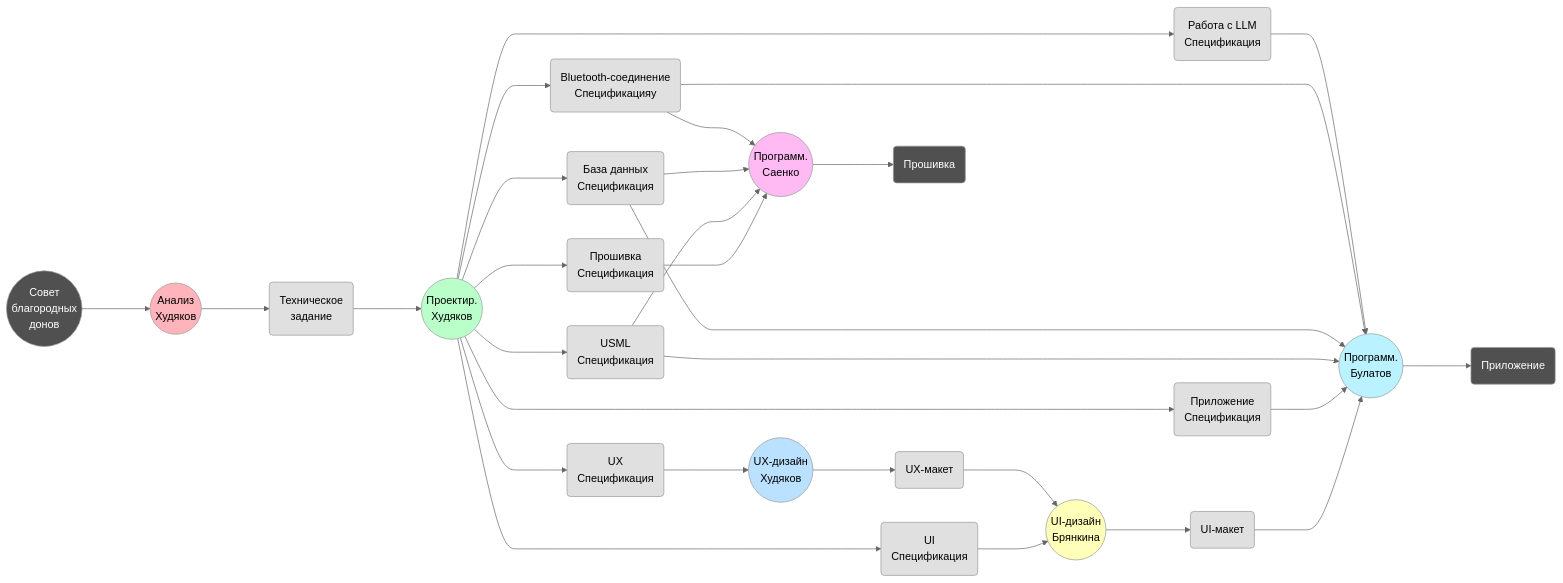
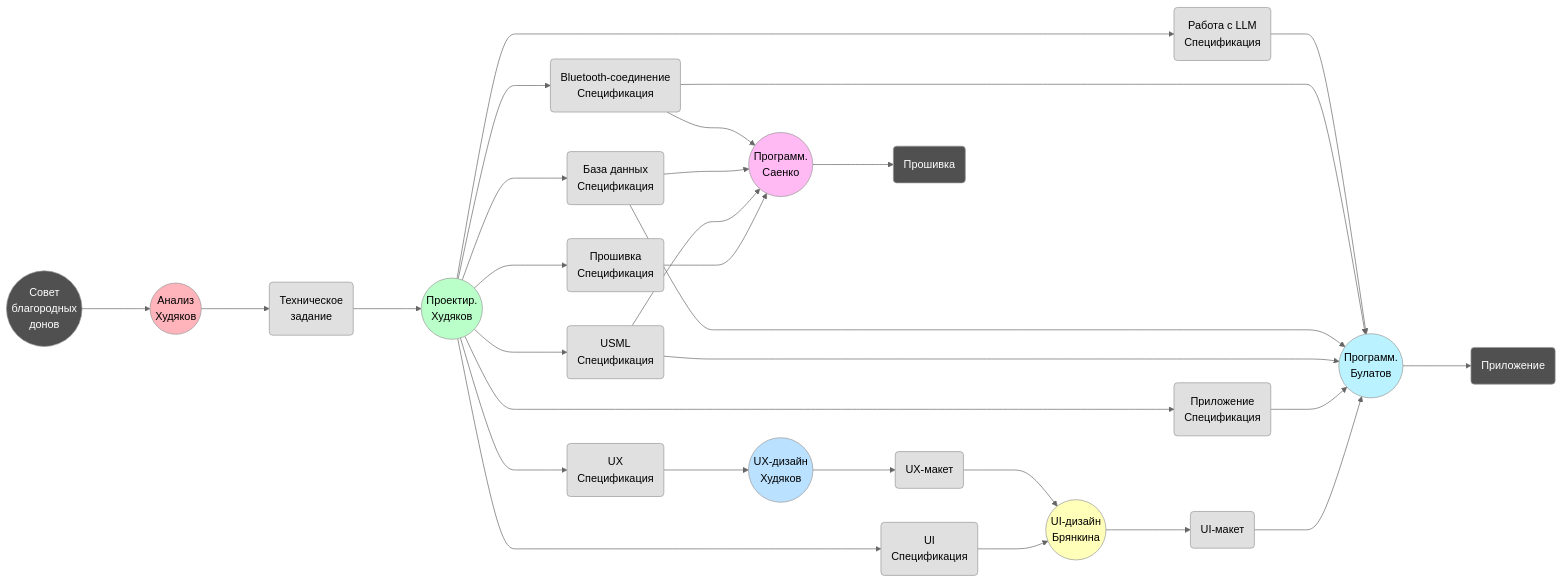
The diagram in Project/process.md (KhudyakovAlex/Synapse), drawn with Mermaid (neutral theme) before and after one commit. The commit also changed 4 other files, not shown here.

Commit message:
обавлена Mermaid схема  в начало документа SynapsePDS_DB.md с превью страницей

```diff
--- a/Project/process.md
+++ b/Project/process.md
@@ -15,7 +15,7 @@
     DSAPP(Приложение<br>Спецификация)
     DSDB(База данных<br>Спецификация)
     DSP(USML<br>Спецификация)
-    DSB(Bluetooth-соединение<br>Спецификацияу)
+    DSB(Bluetooth-соединение<br>Спецификация)
     DSLLM(Работа с LLM<br>Спецификация)
     DSFW(Прошивка<br>Спецификация)
     
```
